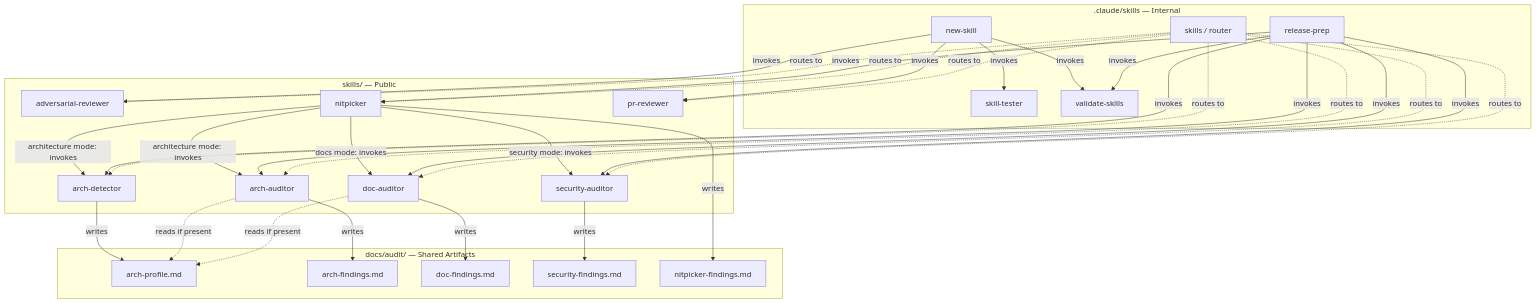
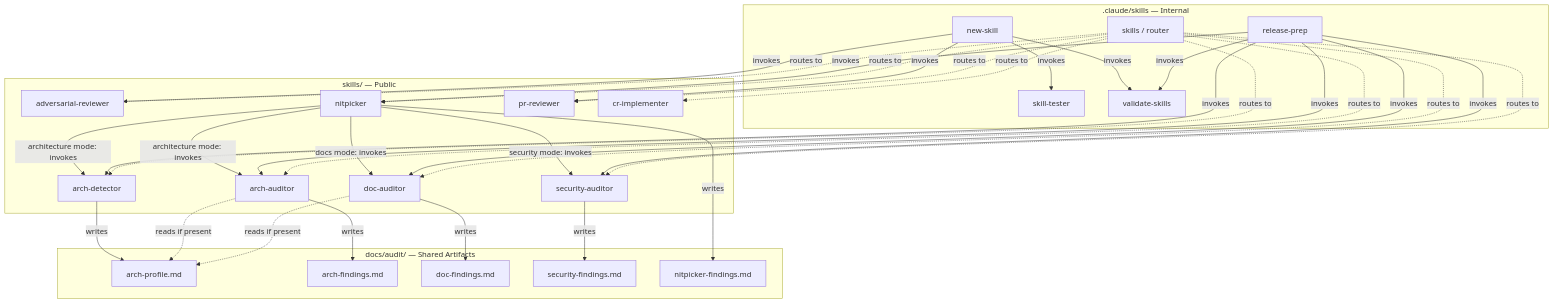
One commit to ivuorinen/skills changed the first of 6 diagrams in .claude/skills/README.md. Above: the diagram before and after it, drawn with Mermaid. The commit also changed other lines of this file and 5 other files, not shown here.

````diff
--- a/.claude/skills/README.md
+++ b/.claude/skills/README.md
@@ -41,70 +42,72 @@
 ```mermaid
 graph TD
     subgraph internal[".claude/skills — Internal"]
         NS[new-skill]
         ST[skill-tester]
         VS[validate-skills]
         RP[release-prep]
         SK[skills / router]
     end
 
     subgraph public["skills/ — Public"]
         AR[adversarial-reviewer]
         NP[nitpicker]
         AD[arch-detector]
         AA[arch-auditor]
         DA[doc-auditor]
         PR[pr-reviewer]
         SA[security-auditor]
+        CRI[cr-implementer]
     end
 
     subgraph artifacts["docs/audit/ — Shared Artifacts"]
         APF[arch-profile.md]
         AFF[arch-findings.md]
         DF[doc-findings.md]
         SF[security-findings.md]
         NF[nitpicker-findings.md]
     end
 
     %% arch chain
     AD -->|writes| APF
     AA -.->|reads if present| APF
     AA -->|writes| AFF
 
     %% doc-auditor reads arch profile for architecture descriptions
     DA -.->|reads if present| APF
     DA -->|writes| DF
 
     %% security-auditor
     SA -->|writes| SF
 
     %% nitpicker writes its own findings; in focused modes it also invokes specialists
     NP -->|writes| NF
     NP -->|security mode: invokes| SA
     NP -->|docs mode: invokes| DA
     NP -->|architecture mode: invokes| AD
     NP -->|architecture mode: invokes| AA
 
     %% new-skill lifecycle
     NS -->|invokes| ST
     NS -->|invokes| AR
     NS -->|invokes| VS
     NS -->|invokes| PR
 
     %% release-prep gate
     RP -->|invokes| VS
     RP -->|invokes| SA
     RP -->|invokes| DA
     RP -->|invokes| AD
     RP -->|invokes| AA
     RP -->|invokes| NP
 
     %% router
     SK -.->|routes to| AR
     SK -.->|routes to| NP
     SK -.->|routes to| AD
     SK -.->|routes to| AA
     SK -.->|routes to| DA
     SK -.->|routes to| PR
     SK -.->|routes to| SA
+    SK -.->|routes to| CRI
 ```
````
